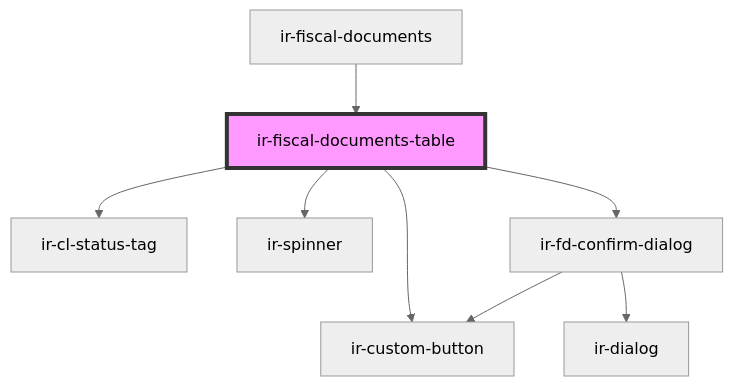
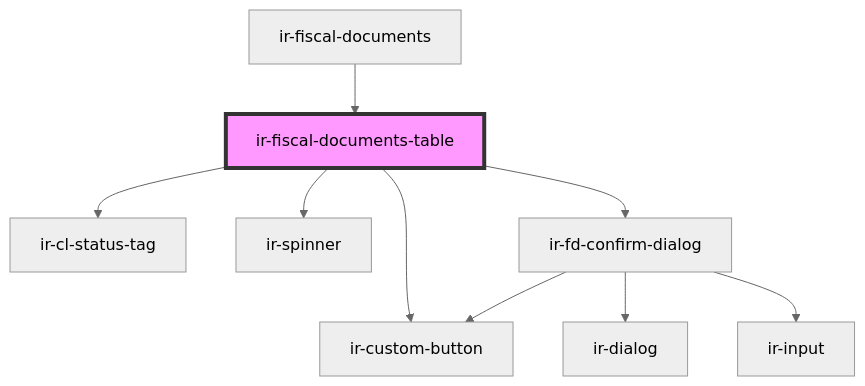
Before and after one commit to RonyRizk/ir-webcmp: the diagram in src/components/ir-fiscal-documents/ir-fiscal-documents-table/readme.md, drawn with Mermaid (neutral theme). The commit also changed 51 other files, not shown here.

````diff
--- a/src/components/ir-fiscal-documents/ir-fiscal-documents-table/readme.md
+++ b/src/components/ir-fiscal-documents/ir-fiscal-documents-table/readme.md
@@ -50,11 +50,12 @@
 ```mermaid
 graph TD;
   ir-fiscal-documents-table --> ir-cl-status-tag
   ir-fiscal-documents-table --> ir-custom-button
   ir-fiscal-documents-table --> ir-spinner
   ir-fiscal-documents-table --> ir-fd-confirm-dialog
   ir-fd-confirm-dialog --> ir-dialog
+  ir-fd-confirm-dialog --> ir-input
   ir-fd-confirm-dialog --> ir-custom-button
   ir-fiscal-documents --> ir-fiscal-documents-table
   style ir-fiscal-documents-table fill:#f9f,stroke:#333,stroke-width:4px
 ```
````
